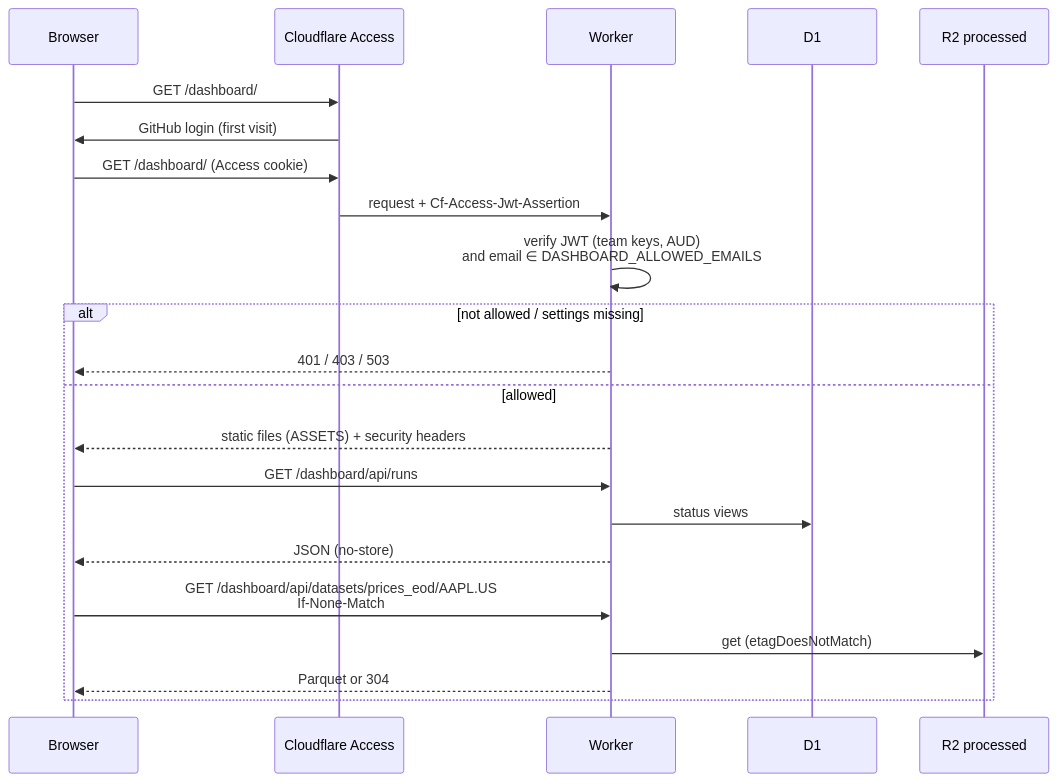
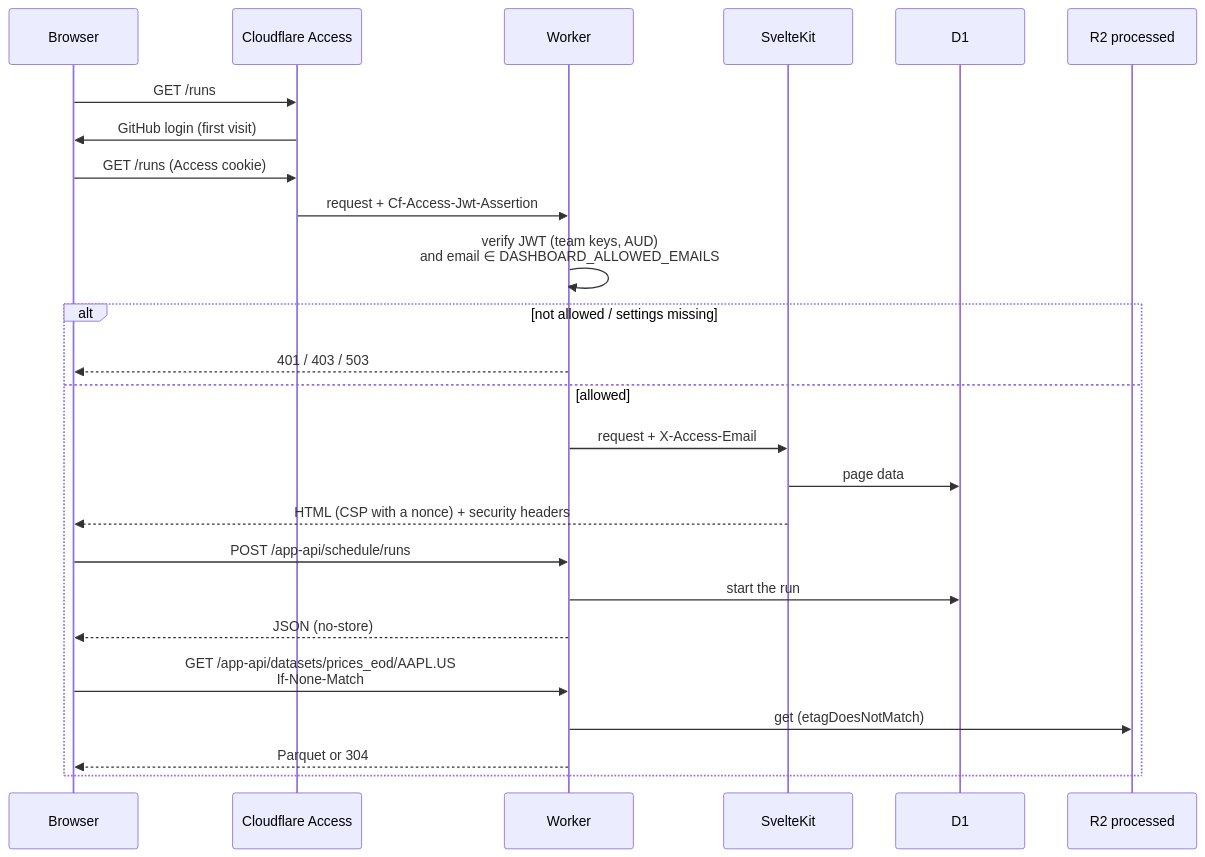
Before and after one commit to maxime-filippini/data-service: the diagram in docs/src/content/docs/operations/dashboard.md, drawn with Mermaid. The commit also changed other lines of this file and 12 other files, not shown here.

Commit message:
docs: describe the SvelteKit app and the /api prefix

````diff
--- a/docs/src/content/docs/operations/dashboard.md
+++ b/docs/src/content/docs/operations/dashboard.md
@@ -22,25 +50,28 @@
 ```mermaid
 sequenceDiagram
   participant B as Browser
   participant A as Cloudflare Access
   participant W as Worker
+  participant K as SvelteKit
   participant D1
   participant R2 as R2 processed
 
-  B->>A: GET /dashboard/
+  B->>A: GET /runs
   A->>B: GitHub login (first visit)
-  B->>A: GET /dashboard/ (Access cookie)
+  B->>A: GET /runs (Access cookie)
   A->>W: request + Cf-Access-Jwt-Assertion
   W->>W: verify JWT (team keys, AUD)<br/>and email ∈ DASHBOARD_ALLOWED_EMAILS
   alt not allowed / settings missing
     W-->>B: 401 / 403 / 503
   else allowed
-    W-->>B: static files (ASSETS) + security headers
-    B->>W: GET /dashboard/api/runs
-    W->>D1: status views
+    W->>K: request + X-Access-Email
+    K->>D1: page data
+    K-->>B: HTML (CSP with a nonce) + security headers
+    B->>W: POST /app-api/schedule/runs
+    W->>D1: start the run
     W-->>B: JSON (no-store)
-    B->>W: GET /dashboard/api/datasets/prices_eod/AAPL.US<br/>If-None-Match
+    B->>W: GET /app-api/datasets/prices_eod/AAPL.US<br/>If-None-Match
     W->>R2: get (etagDoesNotMatch)
     W-->>B: Parquet or 304
   end
 ```
````
